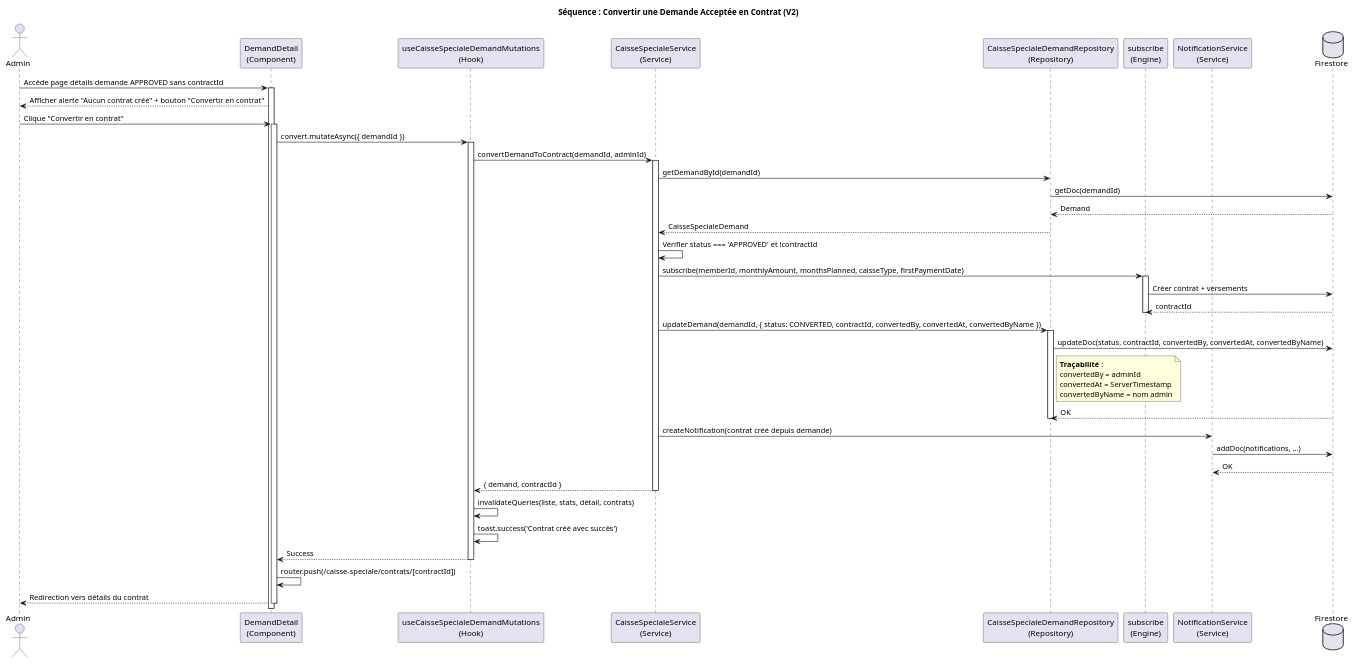
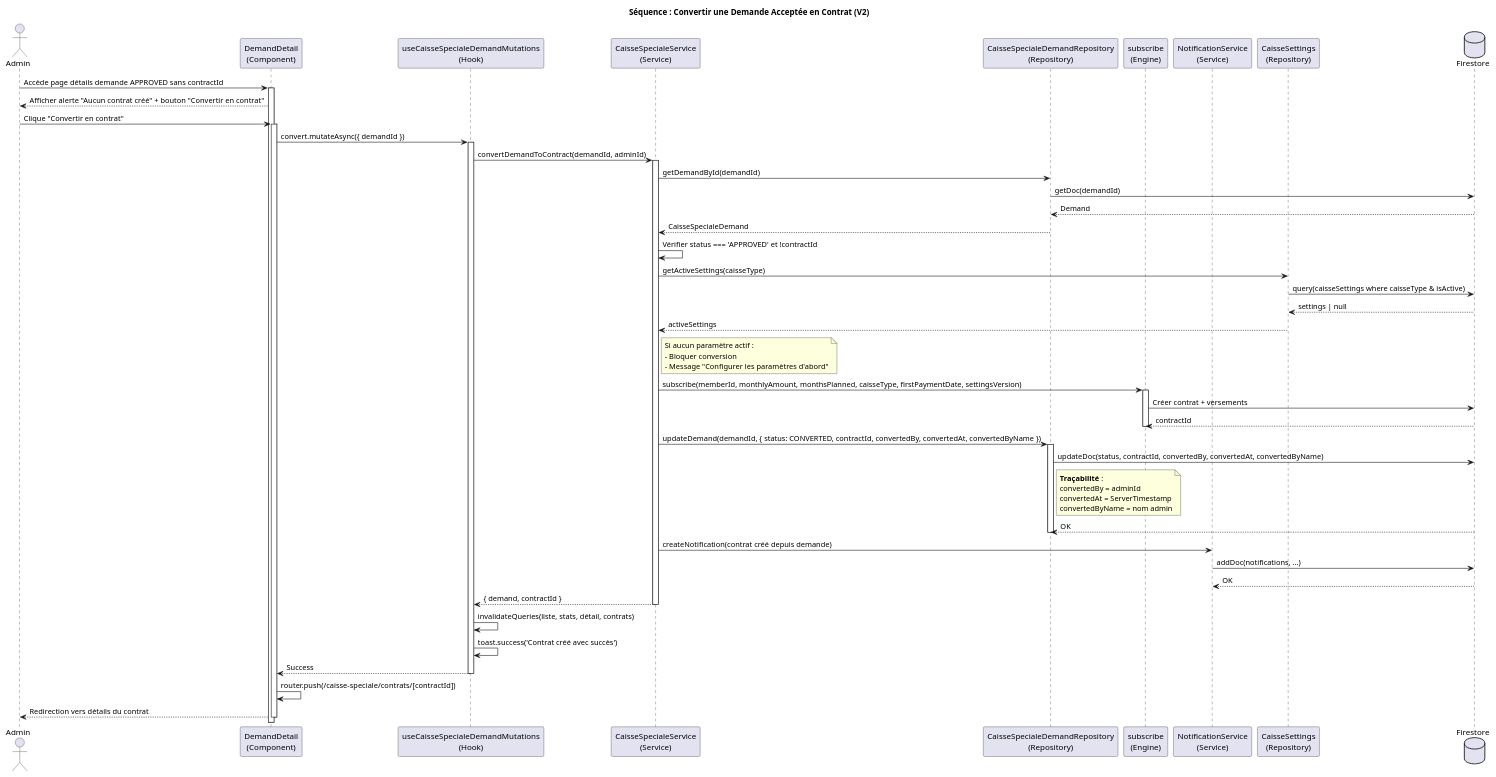
The diagram in documentation/caisse-speciale/V2/demandes/sequence/SEQ_ConvertirContrat.puml (GlennEriss/kara-client-front), drawn with PlantUML before and after one commit. The commit also changed 87 other files, not shown here.

First line of the commit message:
feat(caisse-speciale): update Firestore rules and enhance documentation for contracts

```diff
--- a/documentation/caisse-speciale/V2/demandes/sequence/SEQ_ConvertirContrat.puml
+++ b/documentation/caisse-speciale/V2/demandes/sequence/SEQ_ConvertirContrat.puml
@@ -1,71 +1,82 @@
 @startuml SEQ_ConvertirContrat
 title Séquence : Convertir une Demande Acceptée en Contrat (V2)
 ' Référence : ConvertirContrat.puml (activité)
 ' Cas : Demande APPROVED sans contractId
 ' Traçabilité : convertedBy, convertedAt, convertedByName
 
 actor "Admin" as Admin
 participant "DemandDetail\n(Component)" as Detail
 participant "useCaisseSpecialeDemandMutations\n(Hook)" as Mutations
 participant "CaisseSpecialeService\n(Service)" as Service
 participant "CaisseSpecialeDemandRepository\n(Repository)" as Repo
 participant "subscribe\n(Engine)" as Subscribe
 participant "NotificationService\n(Service)" as Notif
+participant "CaisseSettings\n(Repository)" as SettingsRepo
 database "Firestore" as Firestore
 
 Admin -> Detail: Accède page détails demande APPROVED sans contractId
 activate Detail
 
 Detail --> Admin: Afficher alerte "Aucun contrat créé" + bouton "Convertir en contrat"
 
 Admin -> Detail: Clique "Convertir en contrat"
 activate Detail
 
 Detail -> Mutations: convert.mutateAsync({ demandId })
 activate Mutations
 
 Mutations -> Service: convertDemandToContract(demandId, adminId)
 activate Service
 
 Service -> Repo: getDemandById(demandId)
 Repo -> Firestore: getDoc(demandId)
 Firestore --> Repo: Demand
 Repo --> Service: CaisseSpecialeDemand
 
 Service -> Service: Vérifier status === 'APPROVED' et !contractId
 
-Service -> Subscribe: subscribe(memberId, monthlyAmount, monthsPlanned, caisseType, firstPaymentDate)
+Service -> SettingsRepo: getActiveSettings(caisseType)
+SettingsRepo -> Firestore: query(caisseSettings where caisseType & isActive)
+Firestore --> SettingsRepo: settings | null
+SettingsRepo --> Service: activeSettings
+note right of Service
+  Si aucun paramètre actif :
+  - Bloquer conversion
+  - Message "Configurer les paramètres d'abord"
+end note
+
+Service -> Subscribe: subscribe(memberId, monthlyAmount, monthsPlanned, caisseType, firstPaymentDate, settingsVersion)
 activate Subscribe
 Subscribe -> Firestore: Créer contrat + versements
 Firestore --> Subscribe: contractId
 deactivate Subscribe
 
 Service -> Repo: updateDemand(demandId, { status: CONVERTED, contractId, convertedBy, convertedAt, convertedByName })
 activate Repo
 Repo -> Firestore: updateDoc(status, contractId, convertedBy, convertedAt, convertedByName)
 note right of Repo
   **Traçabilité** :
   convertedBy = adminId
   convertedAt = ServerTimestamp
   convertedByName = nom admin
 end note
 Firestore --> Repo: OK
 deactivate Repo
 
 Service -> Notif: createNotification(contrat créé depuis demande)
 Notif -> Firestore: addDoc(notifications, ...)
 Firestore --> Notif: OK
 
 Service --> Mutations: { demand, contractId }
 deactivate Service
 
 Mutations -> Mutations: invalidateQueries(liste, stats, détail, contrats)
 Mutations -> Mutations: toast.success('Contrat créé avec succès')
 Mutations --> Detail: Success
 deactivate Mutations
 
 Detail -> Detail: router.push(/caisse-speciale/contrats/[contractId])
 Detail --> Admin: Redirection vers détails du contrat
 deactivate Detail
 
 @enduml
```
